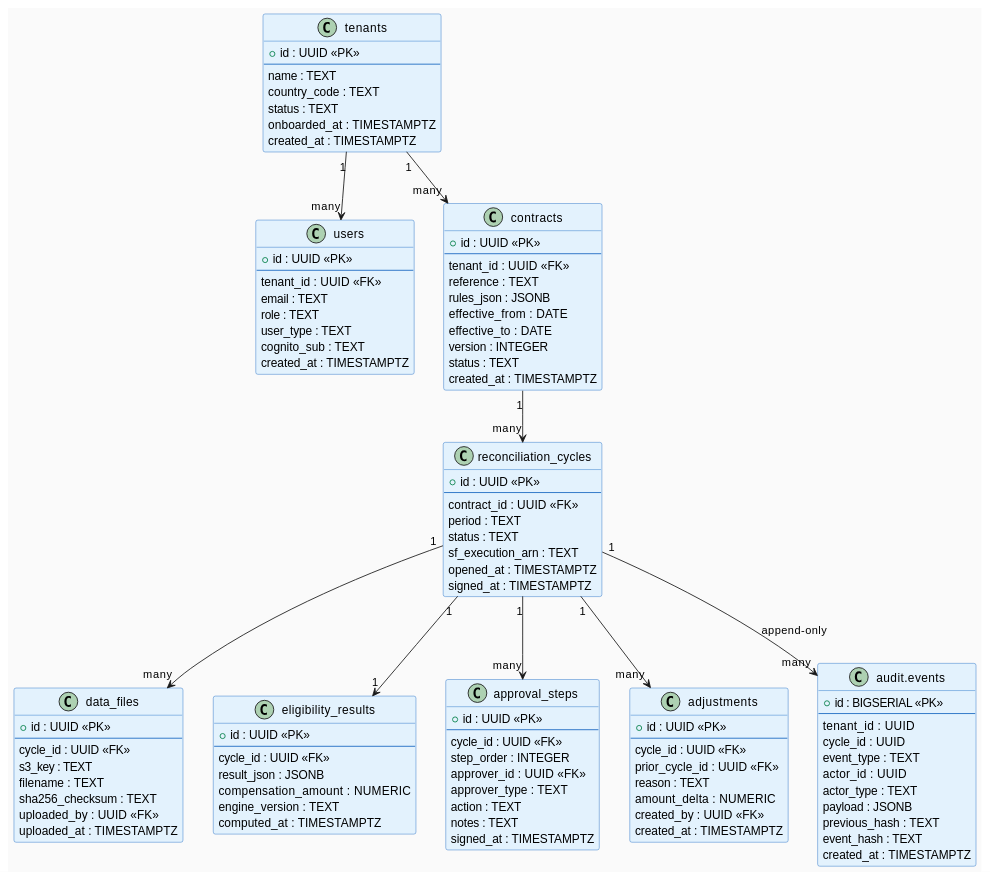
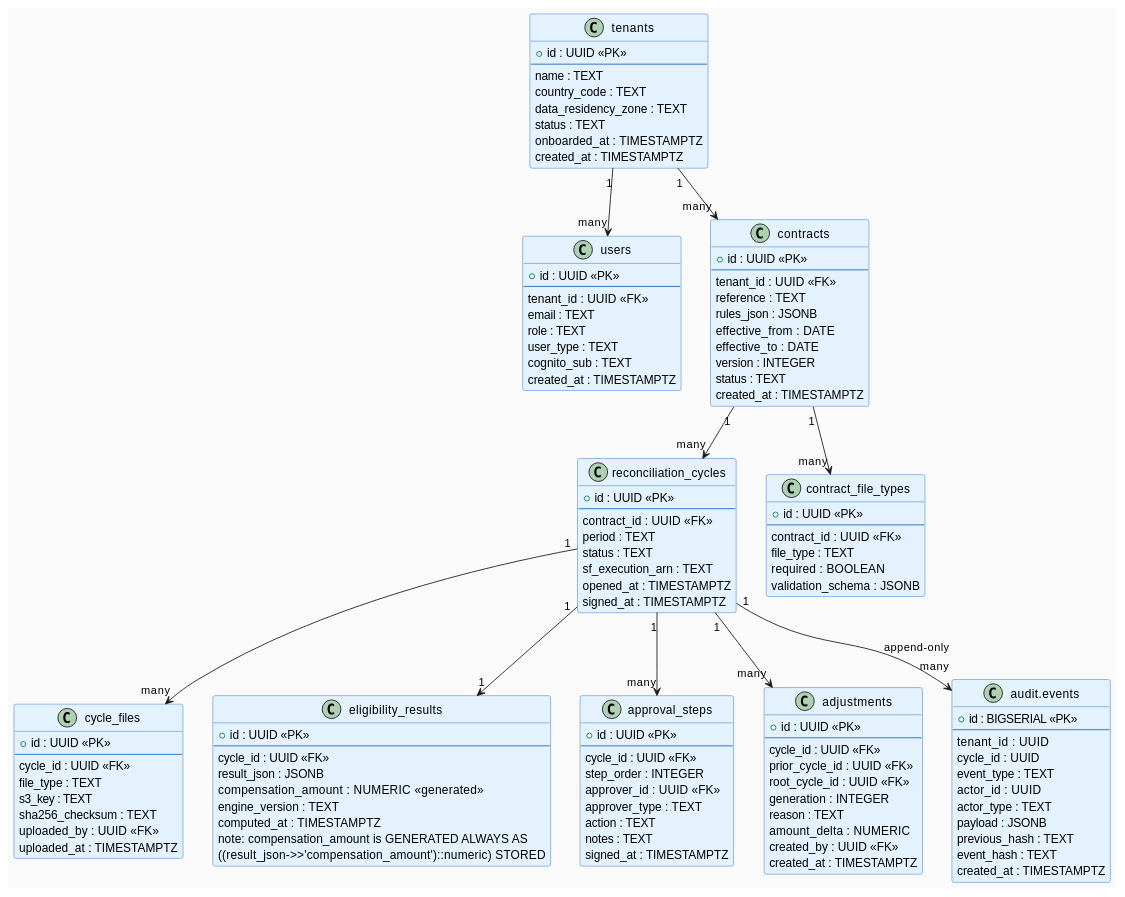
Before and after one commit to mosurekImagination/solution-architecture-case-studies: the sixth of 8 diagrams in 03/docs/solution-design.adoc, drawn with PlantUML. The commit also changed other lines of this file and 7 other files, not shown here.

```diff
--- a/03/docs/solution-design.adoc
+++ b/03/docs/solution-design.adoc
@@ -764,6 +830,7 @@
   --
   name : TEXT
   country_code : TEXT
+  data_residency_zone : TEXT
   status : TEXT
   onboarded_at : TIMESTAMPTZ
   created_at : TIMESTAMPTZ
@@ -804,12 +871,21 @@
   signed_at : TIMESTAMPTZ
 }
 
-class data_files {
+class contract_file_types {
+  + id : UUID <<PK>>
+  --
+  contract_id : UUID <<FK>>
+  file_type : TEXT
+  required : BOOLEAN
+  validation_schema : JSONB
+}
+
+class cycle_files {
   + id : UUID <<PK>>
   --
   cycle_id : UUID <<FK>>
+  file_type : TEXT
   s3_key : TEXT
-  filename : TEXT
   sha256_checksum : TEXT
   uploaded_by : UUID <<FK>>
   uploaded_at : TIMESTAMPTZ
@@ -820,9 +896,10 @@
   --
   cycle_id : UUID <<FK>>
   result_json : JSONB
-  compensation_amount : NUMERIC
+  compensation_amount : NUMERIC <<generated>>
   engine_version : TEXT
   computed_at : TIMESTAMPTZ
+  note: compensation_amount is GENERATED ALWAYS AS\n((result_json->>'compensation_amount')::numeric) STORED
 }
 
 class approval_steps {
@@ -842,6 +919,8 @@
   --
   cycle_id : UUID <<FK>>
   prior_cycle_id : UUID <<FK>>
+  root_cycle_id : UUID <<FK>>
+  generation : INTEGER
   reason : TEXT
   amount_delta : NUMERIC
   created_by : UUID <<FK>>
@@ -865,7 +944,8 @@
 tenants "1" --> "many" contracts
 tenants "1" --> "many" users
 contracts "1" --> "many" reconciliation_cycles
-reconciliation_cycles "1" --> "many" data_files
+contracts "1" --> "many" contract_file_types
+reconciliation_cycles "1" --> "many" cycle_files
 reconciliation_cycles "1" --> "1" eligibility_results
 reconciliation_cycles "1" --> "many" approval_steps
 reconciliation_cycles "1" --> "many" adjustments
```
